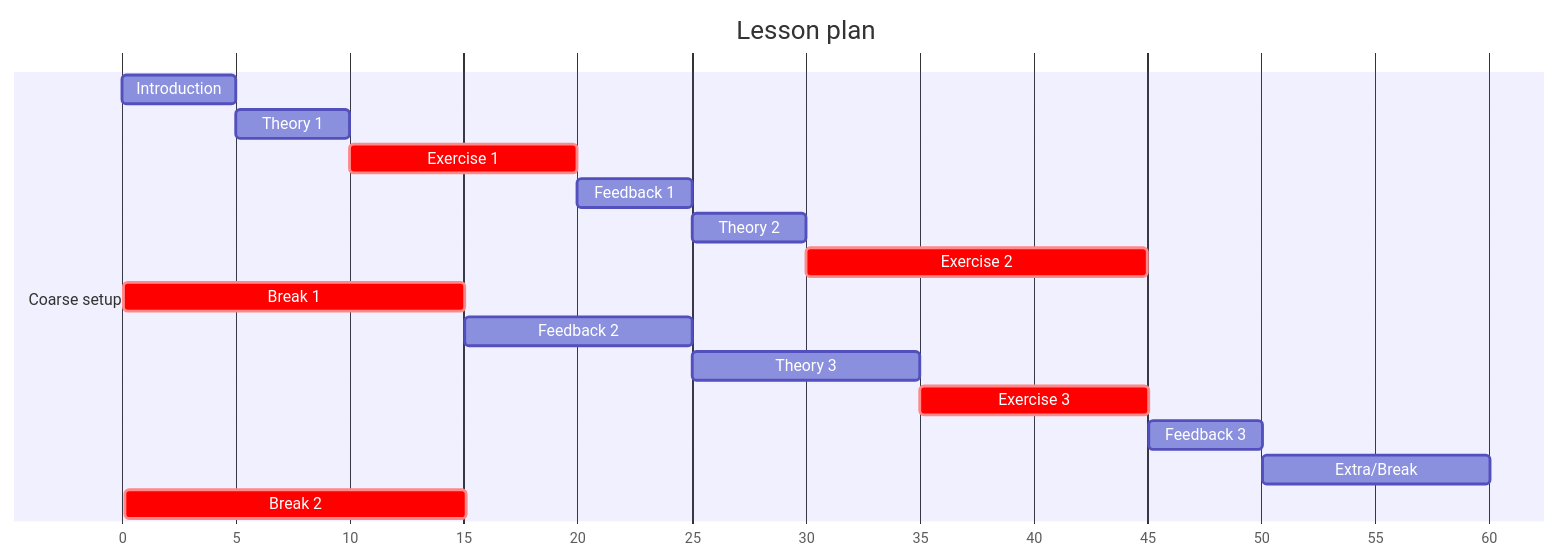
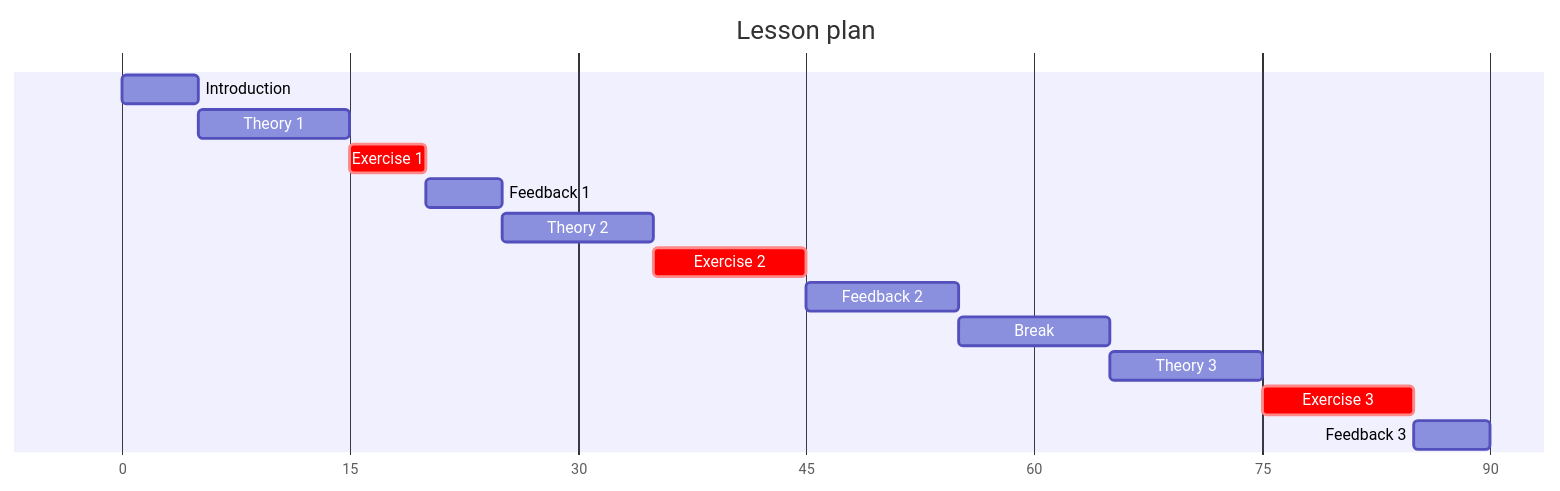
Before and after one commit to richelbilderbeek/lesson_mermaid: the diagram in docs/misc/schedule.md, drawn with Mermaid. The commit also changed other lines of this file, not shown here.

````diff
--- a/docs/misc/schedule.md
+++ b/docs/misc/schedule.md
@@ -10,20 +24,17 @@
 ```mermaid
 gantt
   title Lesson plan
   dateFormat X
   axisFormat %s
-  section Coarse setup
   Introduction : intro, 0, 5s
-  Theory 1: theory_1, after intro, 5s
-  Exercise 1: crit, exercise_1, after theory_1, 10s
+  Theory 1: theory_1, after intro, 10s
+  Exercise 1: crit, exercise_1, after theory_1, 5s
   Feedback 1: feedback_1, after exercise_1, 5s
-  Theory 2: theory_2, after feedback_1, 5s
-  Exercise 2: crit, exercise_2, after theory_2, 15s
-  Break 1: crit, break_1, 45, 15s
-  Feedback 2: feedback_2, after break_1, 10s
-  Theory 3: theory_3, after feedback_2, 10s
+  Theory 2: theory_2, after feedback_1, 10s
+  Exercise 2: crit, exercise_2, after theory_2, 10s
+  Feedback 2: feedback_2, after exercise_2, 10s
+  Break: break_1, after feedback_2, 10s
+  Theory 3: theory_3, after break_1, 10s
   Exercise 3: crit, exercise_3, after theory_3, 10s
   Feedback 3: feedback_3, after exercise_3, 5s
-  Extra/Break: after feedback_3, 10s
-  Break 2: crit, 105, 15s
 ```
````
